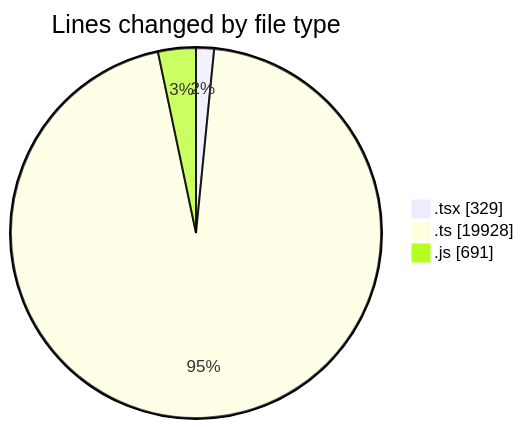
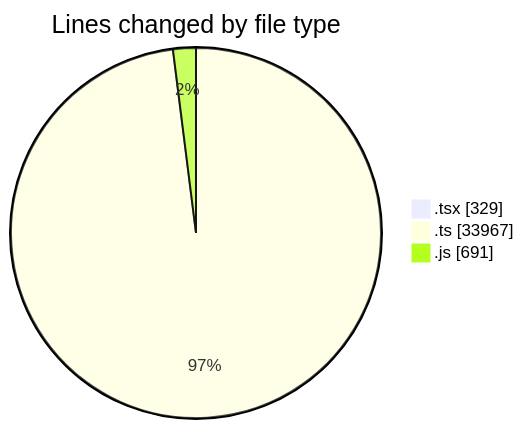
Before and after one commit to momahboobian/code-tracking: the first of 2 diagrams in 2025-12-17/cda/README.md, drawn with Mermaid. The commit also changed other lines of this file and 1 other file, not shown here.

````diff
--- a/2025-12-17/cda/README.md
+++ b/2025-12-17/cda/README.md
@@ -32,7 +35,7 @@
 ```mermaid
 pie showData
 title Lines changed by file type
 ".tsx" : 329
-".ts" : 19928
+".ts" : 33967
 ".js" : 691
 ```
````
